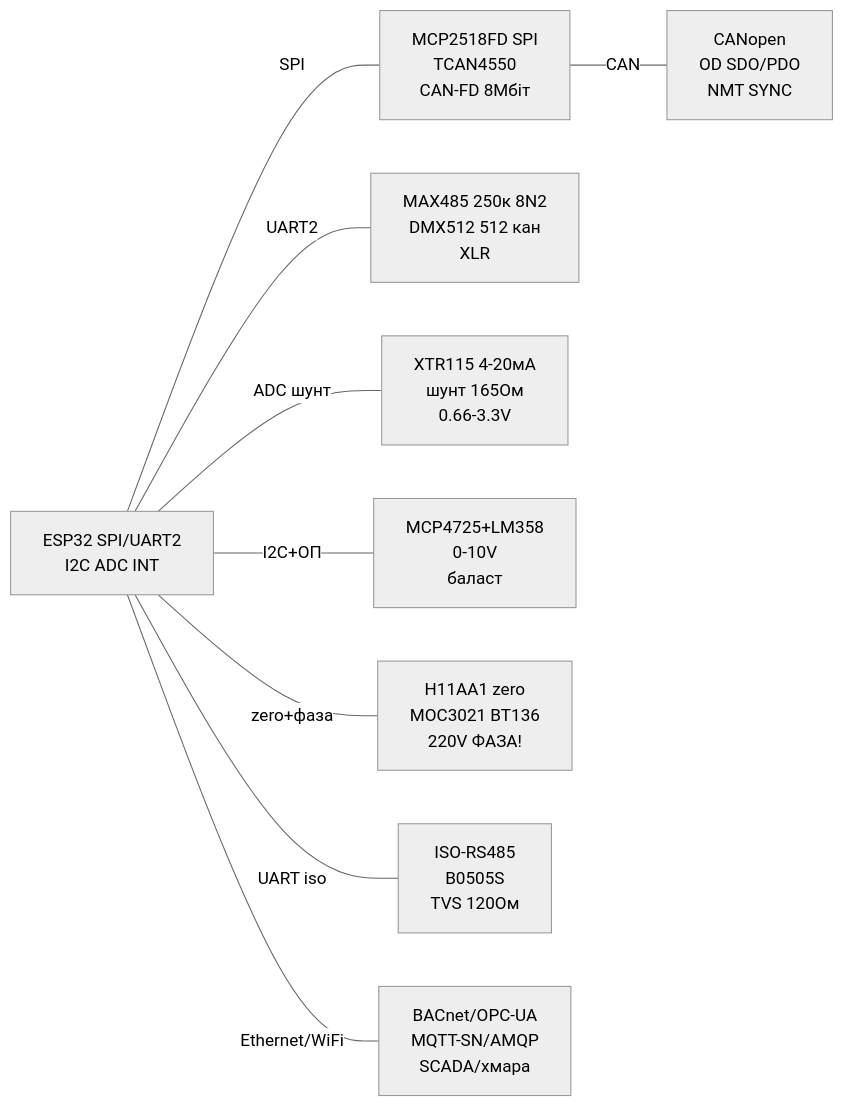
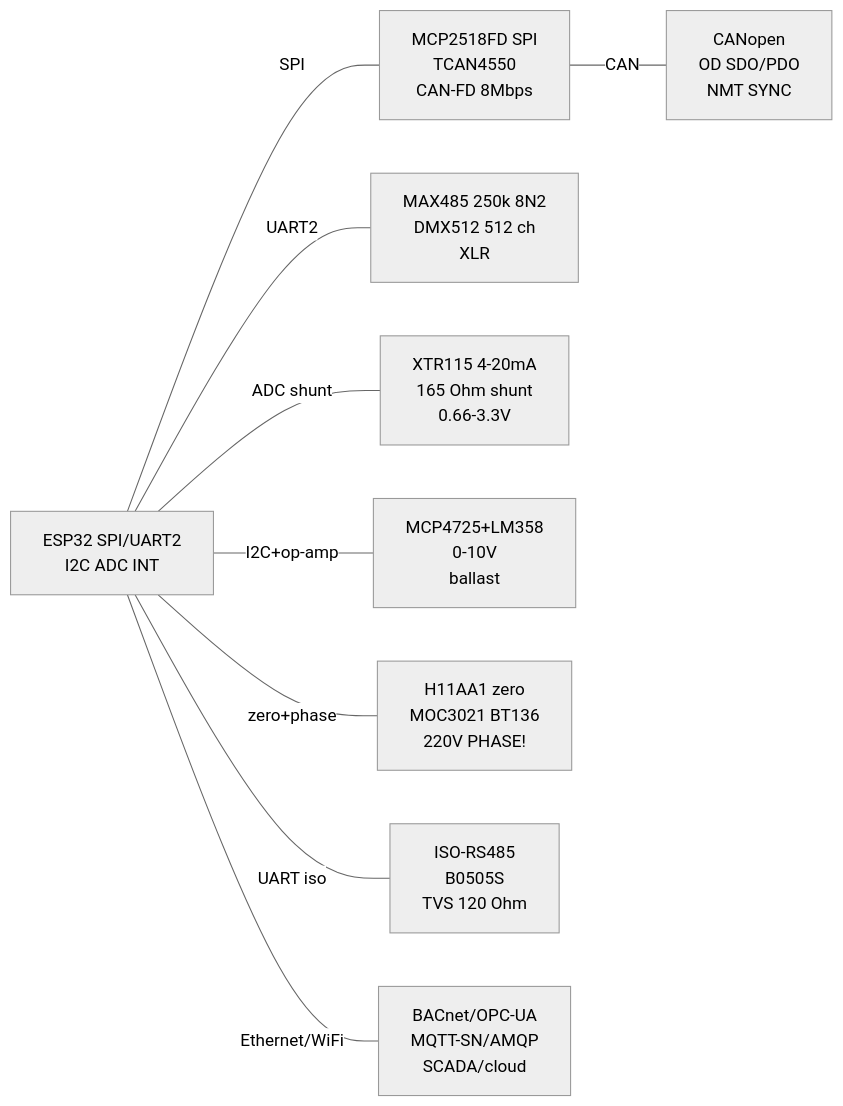
The diagram in obsidian_vault/ESP32-Reference/EN/12-Comm-Modules/10-Industrial.en.md (ksalab/embedded-reference), drawn with Mermaid (neutral theme) before and after one commit. The commit also changed other lines of this file and 76 other files, not shown here.

````diff
--- a/obsidian_vault/ESP32-Reference/EN/12-Comm-Modules/10-Industrial.en.md
+++ b/obsidian_vault/ESP32-Reference/EN/12-Comm-Modules/10-Industrial.en.md
@@ -157,20 +157,20 @@
 ```mermaid
 graph LR
     ESP32["ESP32 SPI/UART2<br/>I2C ADC INT"]
-    CANFD["MCP2518FD SPI<br/>TCAN4550<br/>CAN-FD 8Мбіт"]
+    CANFD["MCP2518FD SPI<br/>TCAN4550<br/>CAN-FD 8Mbps"]
     COPEN["CANopen<br/>OD SDO/PDO<br/>NMT SYNC"]
-    DMX["MAX485 250к 8N2<br/>DMX512 512 кан<br/>XLR"]
-    LOOP["XTR115 4-20мА<br/>шунт 165Ом<br/>0.66-3.3V"]
-    DIM["MCP4725+LM358<br/>0-10V<br/>баласт"]
-    TRIAC["H11AA1 zero<br/>MOC3021 BT136<br/>220V ФАЗА!"]
-    ISO["ISO-RS485<br/>B0505S<br/>TVS 120Ом"]
-    SCADA["BACnet/OPC-UA<br/>MQTT-SN/AMQP<br/>SCADA/хмара"]
+    DMX["MAX485 250k 8N2<br/>DMX512 512 ch<br/>XLR"]
+    LOOP["XTR115 4-20mA<br/>165 Ohm shunt<br/>0.66-3.3V"]
+    DIM["MCP4725+LM358<br/>0-10V<br/>ballast"]
+    TRIAC["H11AA1 zero<br/>MOC3021 BT136<br/>220V PHASE!"]
+    ISO["ISO-RS485<br/>B0505S<br/>TVS 120 Ohm"]
+    SCADA["BACnet/OPC-UA<br/>MQTT-SN/AMQP<br/>SCADA/cloud"]
     ESP32 ---|"SPI"| CANFD
     CANFD ---|"CAN"| COPEN
     ESP32 ---|"UART2"| DMX
-    ESP32 ---|"ADC шунт"| LOOP
-    ESP32 ---|"I2C+ОП"| DIM
-    ESP32 ---|"zero+фаза"| TRIAC
+    ESP32 ---|"ADC shunt"| LOOP
+    ESP32 ---|"I2C+op-amp"| DIM
+    ESP32 ---|"zero+phase"| TRIAC
     ESP32 ---|"UART iso"| ISO
     ESP32 ---|"Ethernet/WiFi"| SCADA
 ```
````
